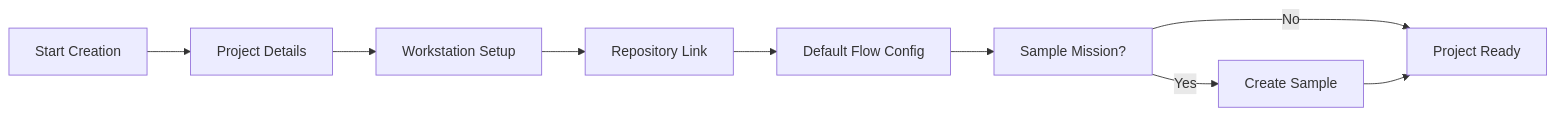
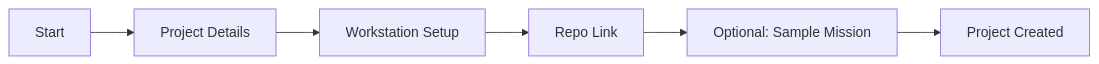
One commit to ivawzh/v0-bun-hono-tanstack-router changed the third of 7 diagrams in .solo/designs/20-gui/web.md. Above: the diagram before and after it, drawn with Mermaid. The commit also changed other lines of this file and 6 other files, not shown here.

````diff
--- a/.solo/designs/20-gui/web.md
+++ b/.solo/designs/20-gui/web.md
@@ -172,11 +83,8 @@
 ```mermaid
 flowchart LR
-    S[Start Creation] --> D[Project Details]
-    D --> W[Workstation Setup]
-    W --> R[Repository Link]
-    R --> F[Default Flow Config]
-    F --> M[Sample Mission?]
-    M -->|Yes| C[Create Sample]
-    M -->|No| P[Project Ready]
-    C --> P
+  S[Start] --> D1[Project Details]
+  D1 --> W1[Workstation Setup]
+  W1 --> R1[Repo Link]
+  R1 --> O[Optional: Sample Mission]
+  O --> C[Project Created]
 ```
````
